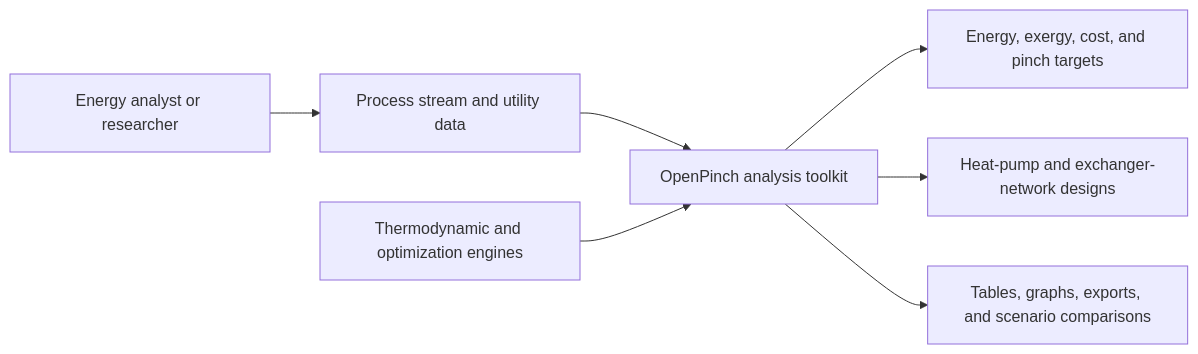
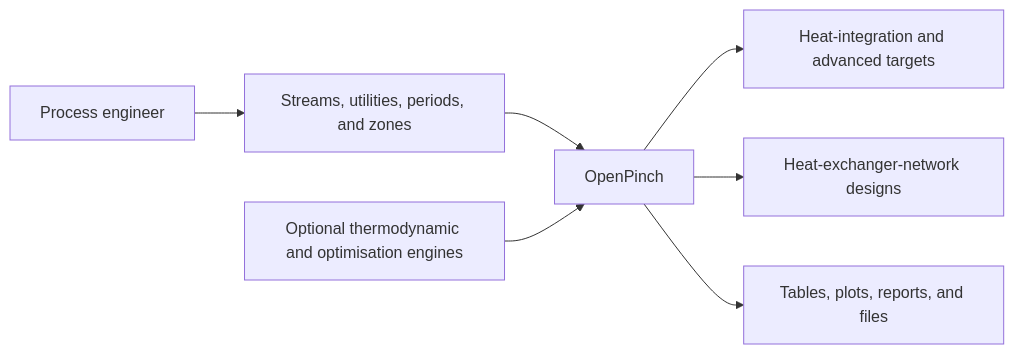
Before and after one commit to waikato-ahuora-smart-energy-systems/OpenPinch: the diagram in aidlc-docs/inception/reverse-engineering/business-overview.md, drawn with Mermaid. The commit also changed other lines of this file and 50 other files, not shown here.

````diff
--- a/aidlc-docs/inception/reverse-engineering/business-overview.md
+++ b/aidlc-docs/inception/reverse-engineering/business-overview.md
@@ -5,9 +5,9 @@
 ```mermaid
 flowchart LR
-    Analyst["Energy analyst or researcher"] --> Inputs["Process stream and utility data"]
-    Inputs --> OpenPinch["OpenPinch analysis toolkit"]
-    OpenPinch --> Targets["Energy, exergy, cost, and pinch targets"]
-    OpenPinch --> Designs["Heat-pump and exchanger-network designs"]
-    OpenPinch --> Reports["Tables, graphs, exports, and scenario comparisons"]
-    Solvers["Thermodynamic and optimization engines"] --> OpenPinch
+    Engineer["Process engineer"] --> Inputs["Streams, utilities, periods, and zones"]
+    Inputs --> Package["OpenPinch"]
+    Package --> Targets["Heat-integration and advanced targets"]
+    Package --> Designs["Heat-exchanger-network designs"]
+    Package --> Evidence["Tables, plots, reports, and files"]
+    Engines["Optional thermodynamic and optimisation engines"] --> Package
 ```
````
